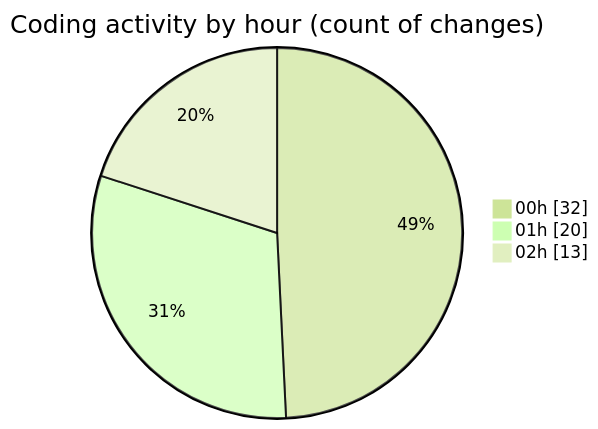
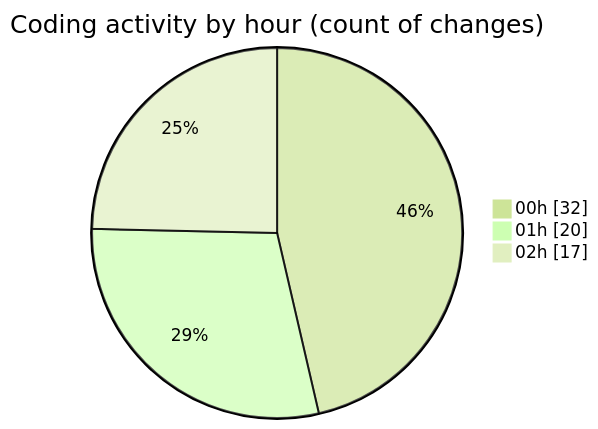
Before and after one commit to lephambinh05/code-tracking: the second of 2 diagrams in 2025-07-21/reg/README.md, drawn with Mermaid (forest theme). The commit also changed other lines of this file and 1 other file, not shown here.

````diff
--- a/2025-07-21/reg/README.md
+++ b/2025-07-21/reg/README.md
@@ -53,7 +54,7 @@
 ```mermaid
 pie showData
 title Coding activity by hour (count of changes)
 "00h" : 32
 "01h" : 20
-"02h" : 13
+"02h" : 17
 ```
````
